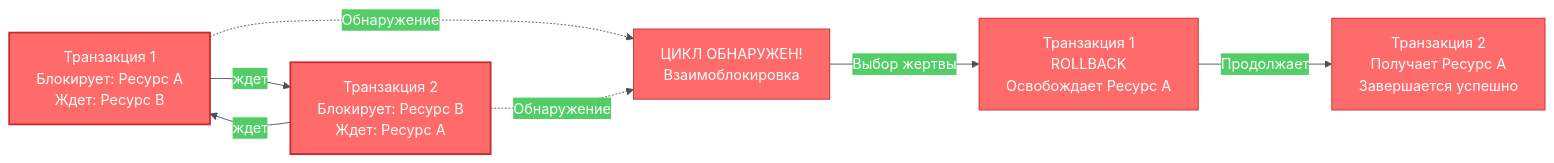
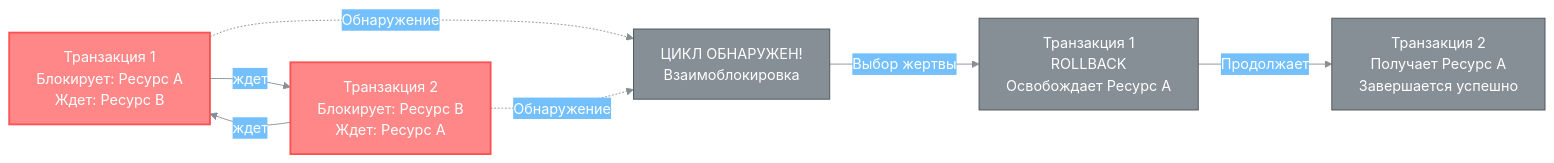
One commit to alx314vo/db_exam changed diagram 12 of 23 in db_exam.md. Above: the diagram before and after it, drawn with Mermaid. The commit also changed other lines of this file, not shown here.

````diff
--- a/db_exam.md
+++ b/db_exam.md
@@ -609,17 +609,17 @@
 ```mermaid
-%%{init: {'theme':'base', 'themeVariables': {'primaryColor':'#ff6b6b','primaryTextColor':'#fff','primaryBorderColor':'#c92a2a','lineColor':'#495057','secondaryColor':'#51cf66','tertiaryColor':'#ffd43b'}}}%%
+%%{init: {'theme':'base', 'themeVariables': {'primaryColor':'#868e96','primaryTextColor':'#fff','primaryBorderColor':'#495057','lineColor':'#868e96','secondaryColor':'#74c0fc','tertiaryColor':'#ffc078','background':'#ffffff','textColor':'#212529'}}}%%
 graph LR
     T1[Транзакция 1<br/>Блокирует: Ресурс A<br/>Ждет: Ресурс B] -->|ждет| T2[Транзакция 2<br/>Блокирует: Ресурс B<br/>Ждет: Ресурс A]
     T2 -->|ждет| T1
     
-    style T1 fill:#ff6b6b,stroke:#c92a2a,stroke-width:2px,color:#fff
-    style T2 fill:#ff6b6b,stroke:#c92a2a,stroke-width:2px,color:#fff
+    style T1 fill:#ff8787,stroke:#fa5252,stroke-width:2px,color:#fff
+    style T2 fill:#ff8787,stroke:#fa5252,stroke-width:2px,color:#fff
     
     note1[ЦИКЛ ОБНАРУЖЕН!<br/>Взаимоблокировка]
     
     T1 -.->|Обнаружение| note1
     T2 -.->|Обнаружение| note1
     
     note1 -->|Выбор жертвы| T3[Транзакция 1<br/>ROLLBACK<br/>Освобождает Ресурс A]
     T3 -->|Продолжает| T4[Транзакция 2<br/>Получает Ресурс A<br/>Завершается успешно]
 ```
````
